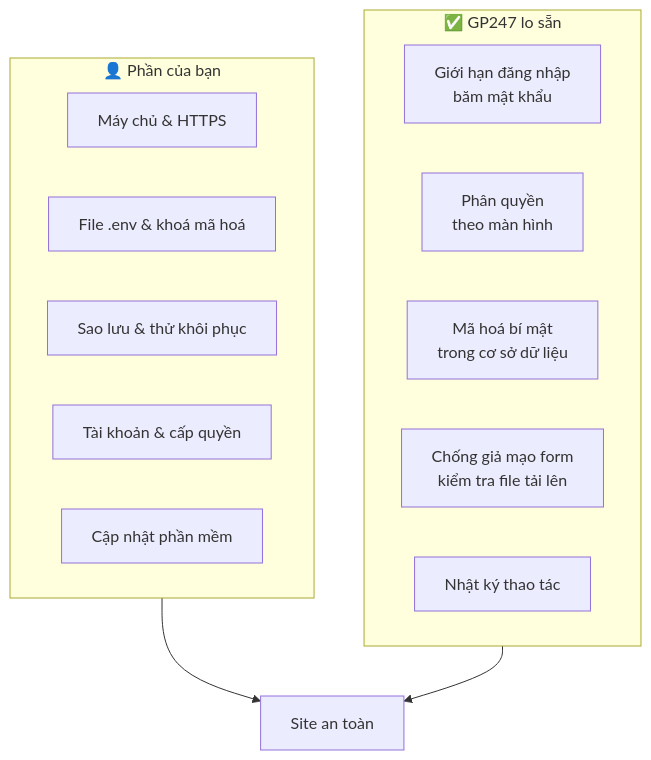
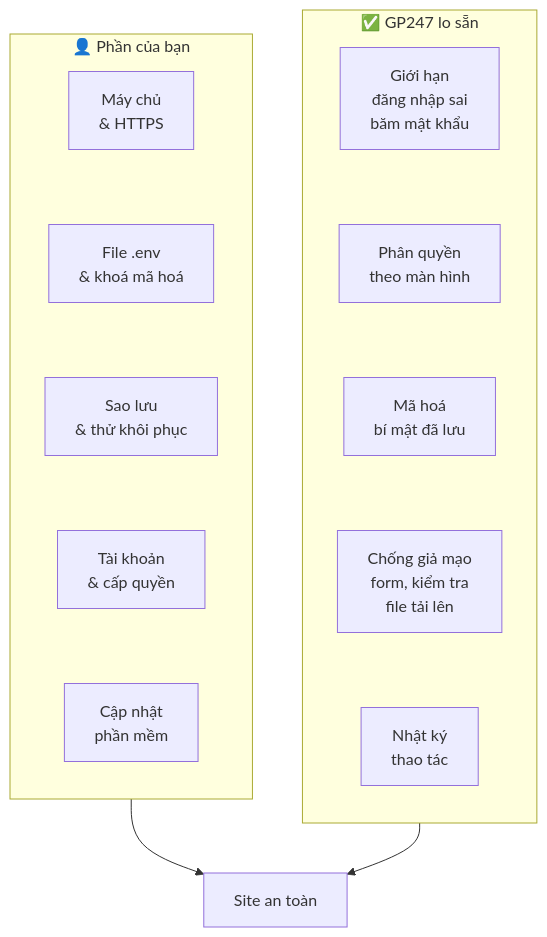
Before and after one commit to gp247net/gp247-docs: the diagram in security/security-introduction_vi.md, drawn with Mermaid. The commit also changed 44 other files, not shown here.

First line of the commit message:
docs: redraw oversized diagrams in security, API and MCP docs (vi/en/ja)

````diff
--- a/security/security-introduction_vi.md
+++ b/security/security-introduction_vi.md
@@ -20,19 +20,13 @@
 ```mermaid
 flowchart TB
     subgraph B["👤 Phần của bạn"]
-        B1["Máy chủ & HTTPS"]
-        B2["File .env & khoá mã hoá"]
-        B3["Sao lưu & thử khôi phục"]
-        B4["Tài khoản & cấp quyền"]
-        B5["Cập nhật phần mềm"]
+        direction TB
+        B1["Máy chủ<br/>& HTTPS"] ~~~ B2["File .env<br/>& khoá mã hoá"] ~~~ B3["Sao lưu<br/>& thử khôi phục"] ~~~ B4["Tài khoản<br/>& cấp quyền"] ~~~ B5["Cập nhật<br/>phần mềm"]
     end
     subgraph G["✅ GP247 lo sẵn"]
-        G1["Giới hạn đăng nhập<br/>băm mật khẩu"]
-        G2["Phân quyền<br/>theo màn hình"]
-        G3["Mã hoá bí mật<br/>trong cơ sở dữ liệu"]
-        G4["Chống giả mạo form<br/>kiểm tra file tải lên"]
-        G5["Nhật ký thao tác"]
+        direction TB
+        G1["Giới hạn<br/>đăng nhập sai<br/>băm mật khẩu"] ~~~ G2["Phân quyền<br/>theo màn hình"] ~~~ G3["Mã hoá<br/>bí mật đã lưu"] ~~~ G4["Chống giả mạo<br/>form, kiểm tra<br/>file tải lên"] ~~~ G5["Nhật ký<br/>thao tác"]
     end
     B --> S["Site an toàn"]
     G --> S
 ```
````
